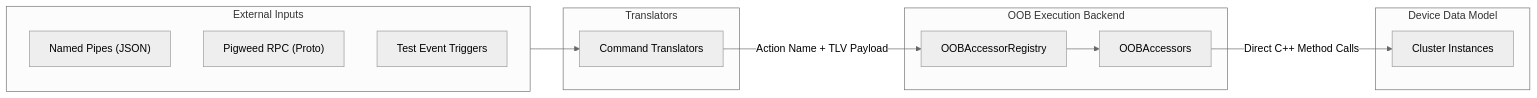
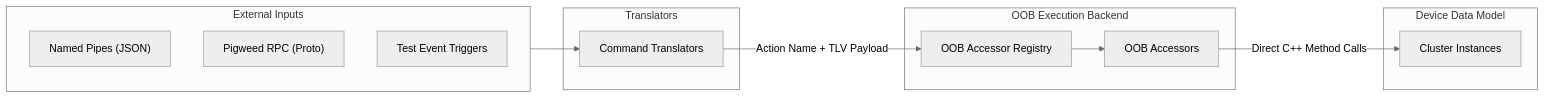
Before and after one commit to project-chip/connectedhomeip: the first of 2 diagrams in examples/all-devices-app/docs/design/out_of_band_control.md, drawn with Mermaid (neutral theme). The commit also changed other lines of this file, not shown here.

````diff
--- a/examples/all-devices-app/docs/design/out_of_band_control.md
+++ b/examples/all-devices-app/docs/design/out_of_band_control.md
@@ -16,26 +16,26 @@
 ```mermaid
 flowchart LR
     subgraph External["External Inputs"]
         NP["Named Pipes (JSON)"]
         RPC["Pigweed RPC (Proto)"]
         TET["Test Event Triggers"]
     end
 
     subgraph Translators["Translators"]
         TR["Command Translators"]
     end
 
     subgraph Backend["OOB Execution Backend"]
-        REG["OOBAccessorRegistry"]
-        OOB["OOBAccessors"]
+        REG["OOB Accessor Registry"]
+        OOB["OOB Accessors"]
     end
 
     subgraph Device["Device Data Model"]
         CLUSTER["Cluster Instances"]
     end
 
     External --> TR
     TR -->|Action Name + TLV Payload| REG
     REG --> OOB
     OOB -->|Direct C++ Method Calls| CLUSTER
 ```
````
